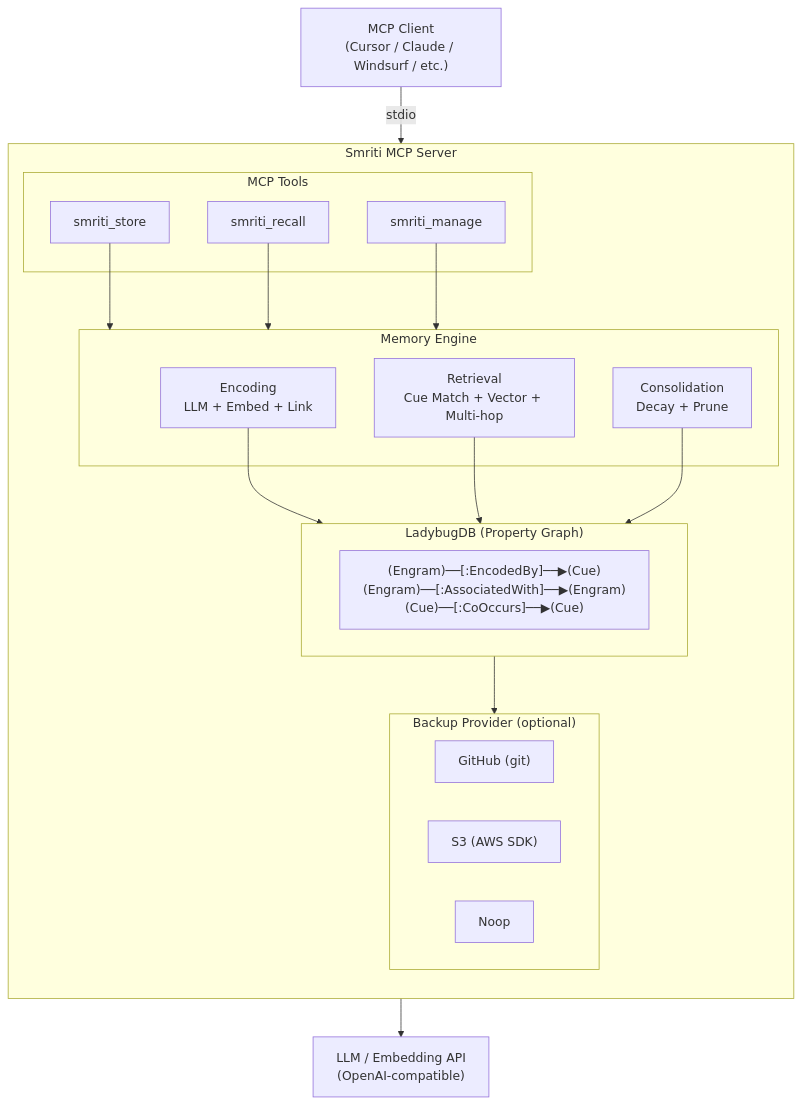
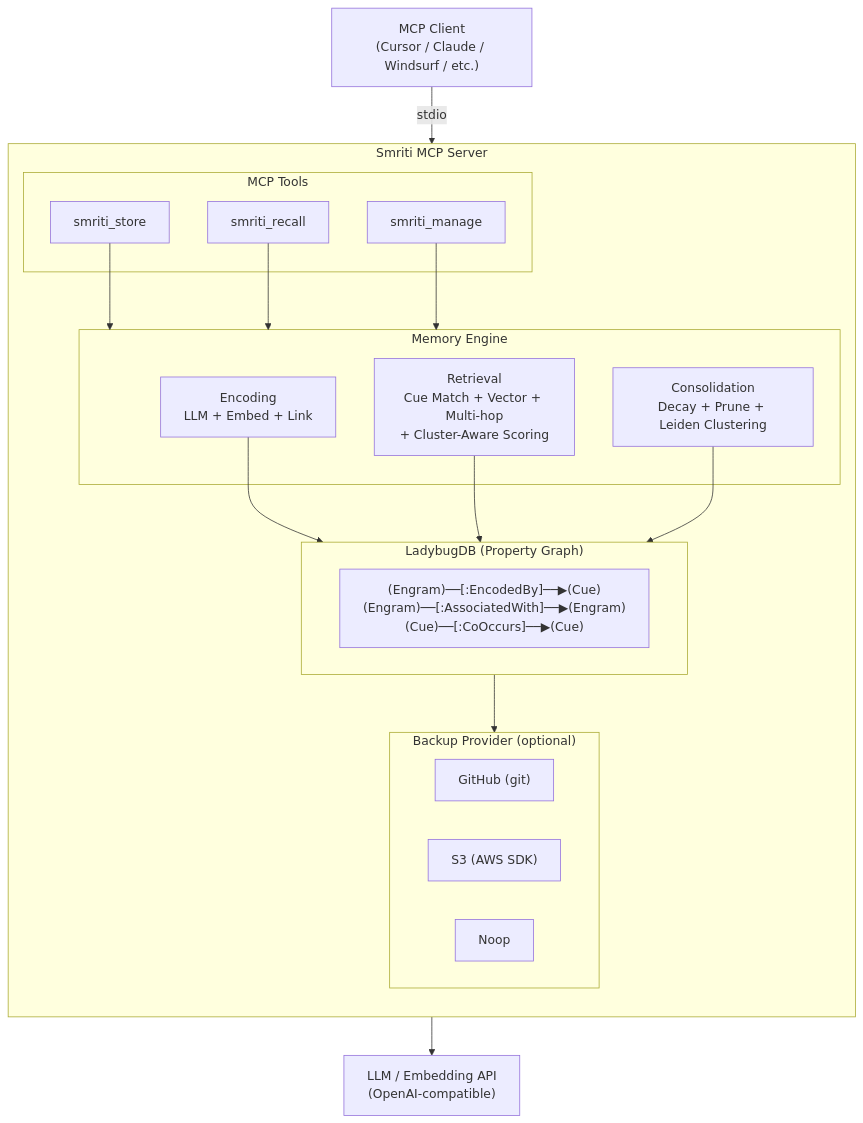
The diagram in README.md (tejzpr/Smriti-MCP), drawn with Mermaid before and after one commit. The commit also changed other lines of this file, not shown here.

````diff
--- a/README.md
+++ b/README.md
@@ -32,38 +33,38 @@
 ```mermaid
 graph TD
     Client["MCP Client<br/>(Cursor / Claude / Windsurf / etc.)"]
     Client -->|stdio| Server
 
     subgraph Server["Smriti MCP Server"]
         direction TB
 
         subgraph Tools["MCP Tools"]
             Store["smriti_store"]
             Recall["smriti_recall"]
             Manage["smriti_manage"]
         end
 
         subgraph Engine["Memory Engine"]
             Encoding["Encoding<br/>LLM + Embed + Link"]
-            Retrieval["Retrieval<br/>Cue Match + Vector + Multi-hop"]
-            Consolidation["Consolidation<br/>Decay + Prune"]
+            Retrieval["Retrieval<br/>Cue Match + Vector + Multi-hop<br/>+ Cluster-Aware Scoring"]
+            Consolidation["Consolidation<br/>Decay + Prune + Leiden Clustering"]
         end
 
         subgraph DB["LadybugDB (Property Graph)"]
             Graph["(Engram)──[:EncodedBy]──▶(Cue)<br/>(Engram)──[:AssociatedWith]──▶(Engram)<br/>(Cue)──[:CoOccurs]──▶(Cue)"]
         end
 
         subgraph Backup["Backup Provider (optional)"]
             Git["GitHub (git)"]
             S3["S3 (AWS SDK)"]
             Noop["Noop"]
         end
 
         Store & Recall & Manage --> Engine
         Encoding & Retrieval & Consolidation --> DB
         DB --> Backup
     end
 
     LLM["LLM / Embedding API<br/>(OpenAI-compatible)"]
     Engine --> LLM
 ```
````
